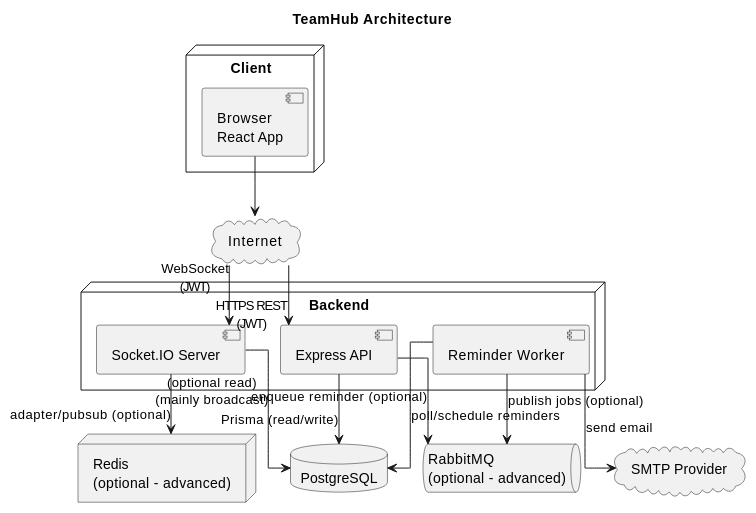
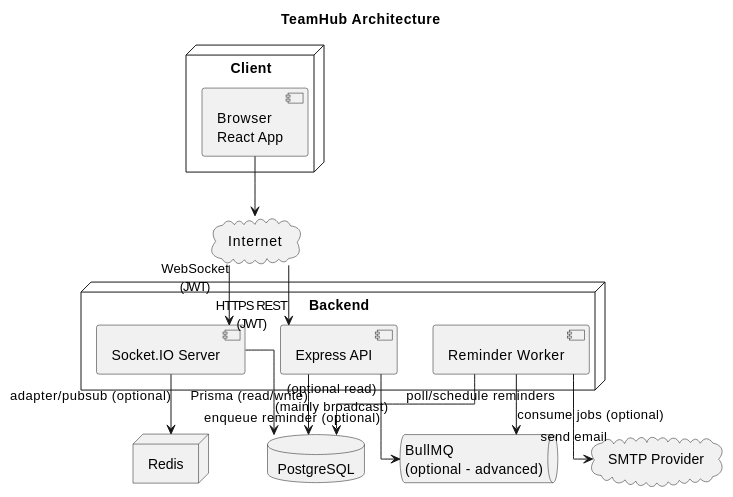
Before and after one commit to tvquang0511/TeamHub: the diagram in docs/diagrams/system-architecture.md, drawn with PlantUML. The commit also changed 38 other files, not shown here.

````diff
--- a/docs/diagrams/system-architecture.md
+++ b/docs/diagrams/system-architecture.md
@@ -3,38 +3,38 @@
 ```plantuml
 @startuml
 skinparam linetype ortho
 title TeamHub Architecture
 
 node "Client" as client {
   [Browser\nReact App] as browser
 }
 
 cloud "Internet" as net
 
 node "Backend" as backend {
   [Express API] as api
   [Socket.IO Server] as sio
   [Reminder Worker] as worker
 }
 
 database "PostgreSQL" as pg
-queue "RabbitMQ\n(optional - advanced)" as mq
-node "Redis\n(optional - advanced)" as redis
+queue "BullMQ\n(optional - advanced)" as mq
+node "Redis" as redis
 cloud "SMTP Provider" as smtp
 
 browser --> net
 net --> api : HTTPS REST\n(JWT)
 net --> sio : WebSocket\n(JWT)
 
 api --> pg : Prisma (read/write)
 sio --> pg : (optional read)\n(mainly broadcast)
 worker --> pg : poll/schedule reminders
 worker --> smtp : send email
 
 ' advanced path
-worker --> mq : publish jobs (optional)
 api --> mq : enqueue reminder (optional)
+worker --> mq : consume jobs (optional)
 sio --> redis : adapter/pubsub (optional)
 
 @enduml
 ```
````
